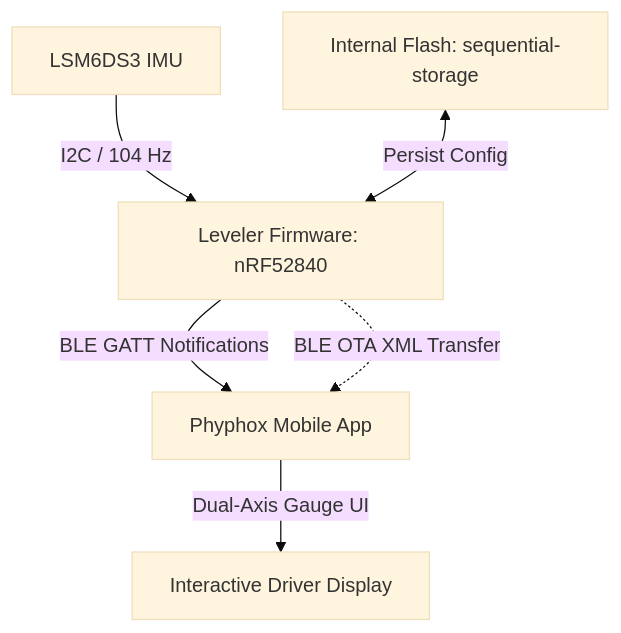
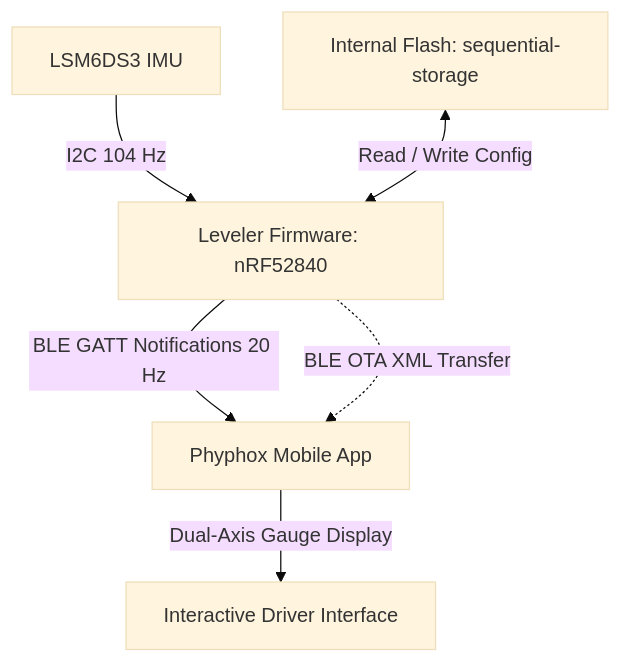
Before and after one commit to jancespivo/ble-leveler: the diagram in README.md, drawn with Mermaid (base theme). The commit also changed other lines of this file and 3 other files, not shown here.

````diff
--- a/README.md
+++ b/README.md
@@ -25,8 +25,8 @@
 ```mermaid
 graph TD
-    A[LSM6DS3 IMU] -->|I2C / 104 Hz| B[Leveler Firmware: nRF52840]
-    C[Internal Flash: sequential-storage] <-->|Persist Config| B
-    B -->|BLE GATT Notifications| D[Phyphox Mobile App]
+    A[LSM6DS3 IMU] -->|I2C 104 Hz| B[Leveler Firmware: nRF52840]
+    C[Internal Flash: sequential-storage] <-->|Read / Write Config| B
+    B -->|BLE GATT Notifications 20 Hz| D[Phyphox Mobile App]
     B -.->|BLE OTA XML Transfer| D
-    D -->|Dual-Axis Gauge UI| E[Interactive Driver Display]
+    D -->|Dual-Axis Gauge Display| E[Interactive Driver Interface]
 ```
````
